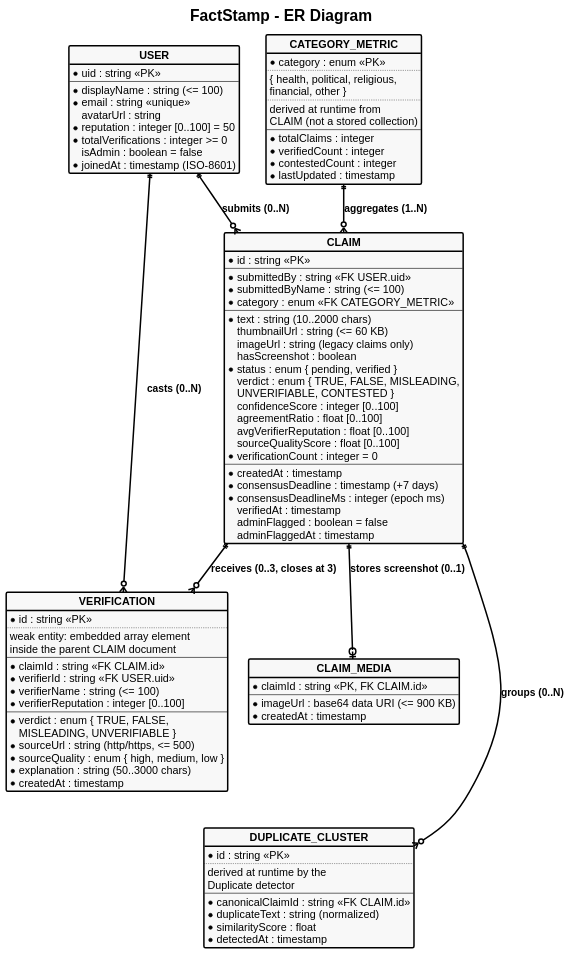
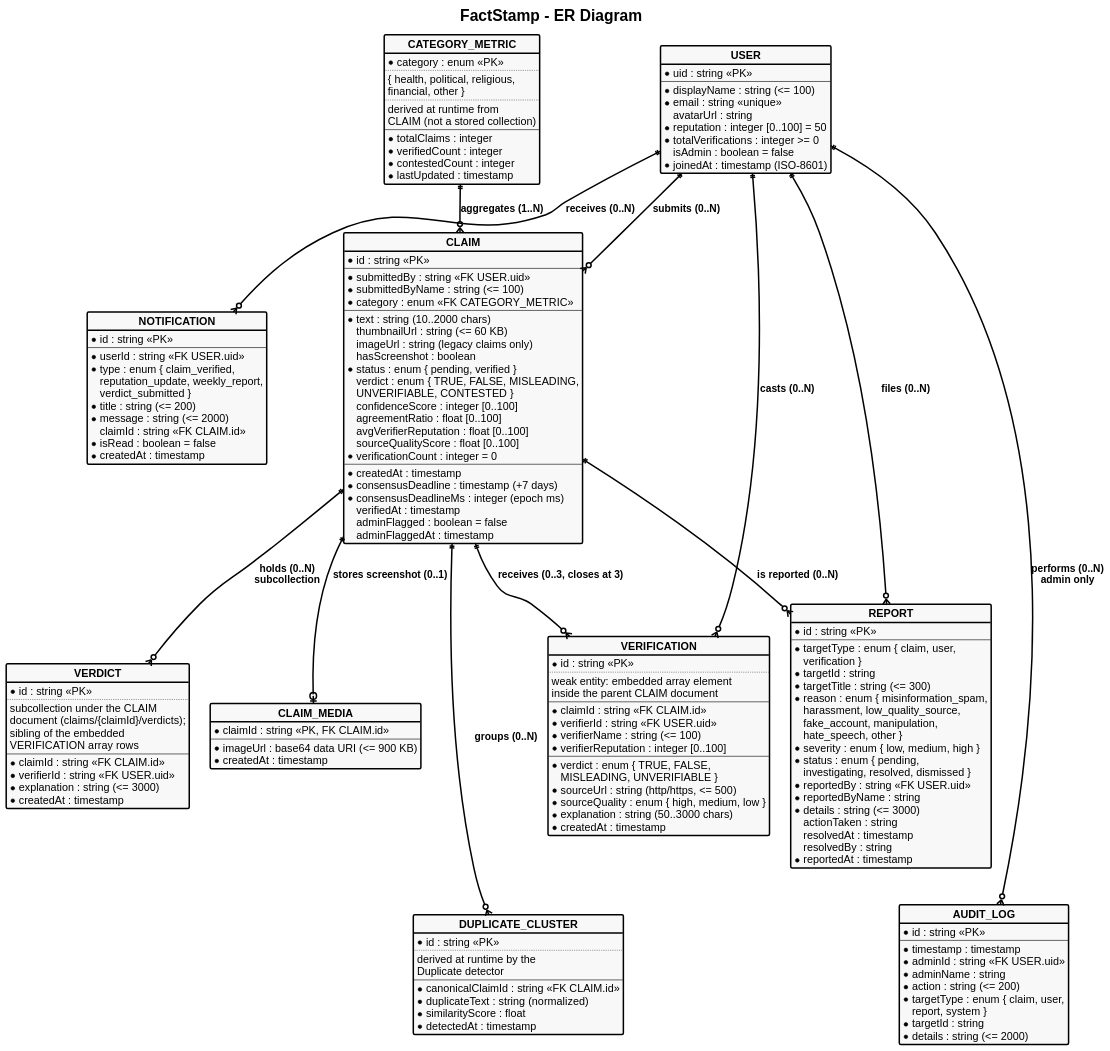
Before and after one commit to aadish0day/typst: the diagram in FactStamp/main_blackbook/03_Requirements_and_Analysis/attachments/er_diagram.puml, drawn with PlantUML. The commit also changed 59 other files, not shown here.

```diff
--- a/FactStamp/main_blackbook/03_Requirements_and_Analysis/attachments/er_diagram.puml
+++ b/FactStamp/main_blackbook/03_Requirements_and_Analysis/attachments/er_diagram.puml
@@ -109,6 +109,70 @@
   * createdAt : timestamp
 }
 
+entity "NOTIFICATION" as Notification {
+  * id : string <<PK>>
+  --
+  * userId : string <<FK USER.uid>>
+  * type : enum { claim_verified,
+  reputation_update, weekly_report,
+  verdict_submitted }
+  * title : string (<= 200)
+  * message : string (<= 2000)
+  claimId : string <<FK CLAIM.id>>
+  * isRead : boolean = false
+  * createdAt : timestamp
+}
+
+entity "VERDICT" as Verdict {
+  * id : string <<PK>>
+  ..
+  subcollection under the CLAIM
+  document (claims/{claimId}/verdicts);
+  sibling of the embedded
+  VERIFICATION array rows
+  --
+  * claimId : string <<FK CLAIM.id>>
+  * verifierId : string <<FK USER.uid>>
+  * explanation : string (<= 3000)
+  * createdAt : timestamp
+}
+
+entity "REPORT" as Report {
+  * id : string <<PK>>
+  --
+  * targetType : enum { claim, user,
+  verification }
+  * targetId : string
+  * targetTitle : string (<= 300)
+  * reason : enum { misinformation_spam,
+  harassment, low_quality_source,
+  fake_account, manipulation,
+  hate_speech, other }
+  * severity : enum { low, medium, high }
+  * status : enum { pending,
+  investigating, resolved, dismissed }
+  * reportedBy : string <<FK USER.uid>>
+  * reportedByName : string
+  * details : string (<= 3000)
+  actionTaken : string
+  resolvedAt : timestamp
+  resolvedBy : string
+  * reportedAt : timestamp
+}
+
+entity "AUDIT_LOG" as AuditLog {
+  * id : string <<PK>>
+  --
+  * timestamp : timestamp
+  * adminId : string <<FK USER.uid>>
+  * adminName : string
+  * action : string (<= 200)
+  * targetType : enum { claim, user,
+  report, system }
+  * targetId : string
+  * details : string (<= 2000)
+}
+
 entity "DUPLICATE_CLUSTER" as DuplicateCluster {
   * id : string <<PK>>
   ..
@@ -127,7 +191,14 @@
 User ||--o{ Verification : "casts (0..N)"
 Claim ||--o{ DuplicateCluster : "groups (0..N)"
 Claim ||--o| ClaimMedia : "stores screenshot (0..1)"
+User ||--o{ Notification : "receives (0..N)"
+Claim ||--o{ Verdict : "holds (0..N)\nsubcollection"
+User ||--o{ Report : "files (0..N)"
+Claim ||--o{ Report : "is reported (0..N)"
+User ||--o{ AuditLog : "performs (0..N)\nadmin only"
 
 Verification -[hidden]down-> DuplicateCluster
+Notification -[hidden]down- Verdict
+Report -[hidden]down- AuditLog
 
 @enduml
```
